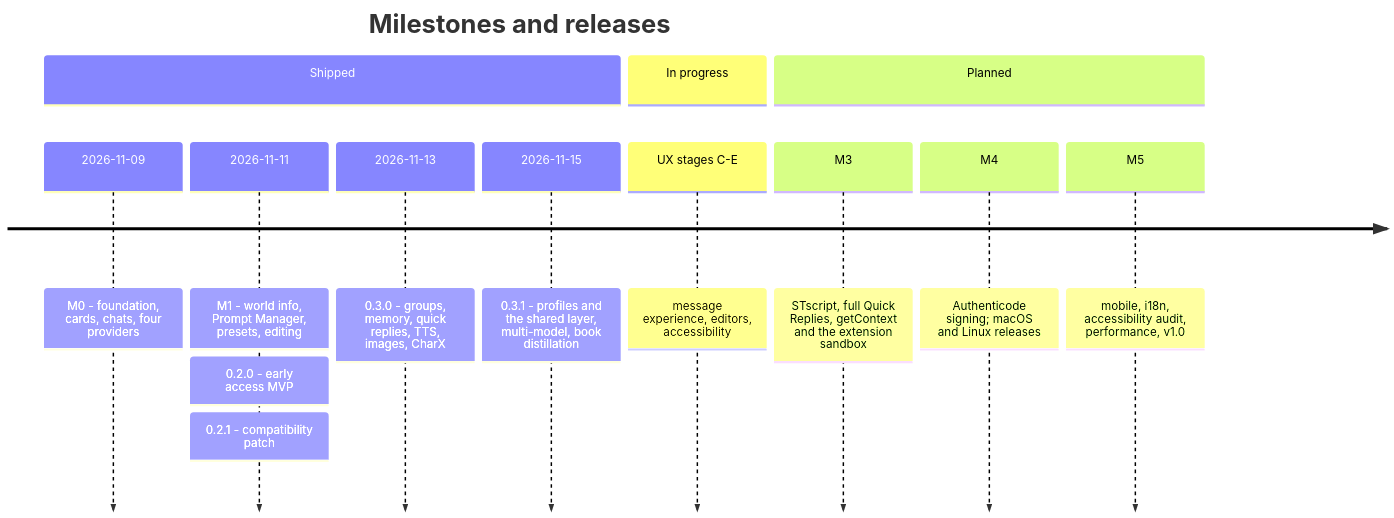
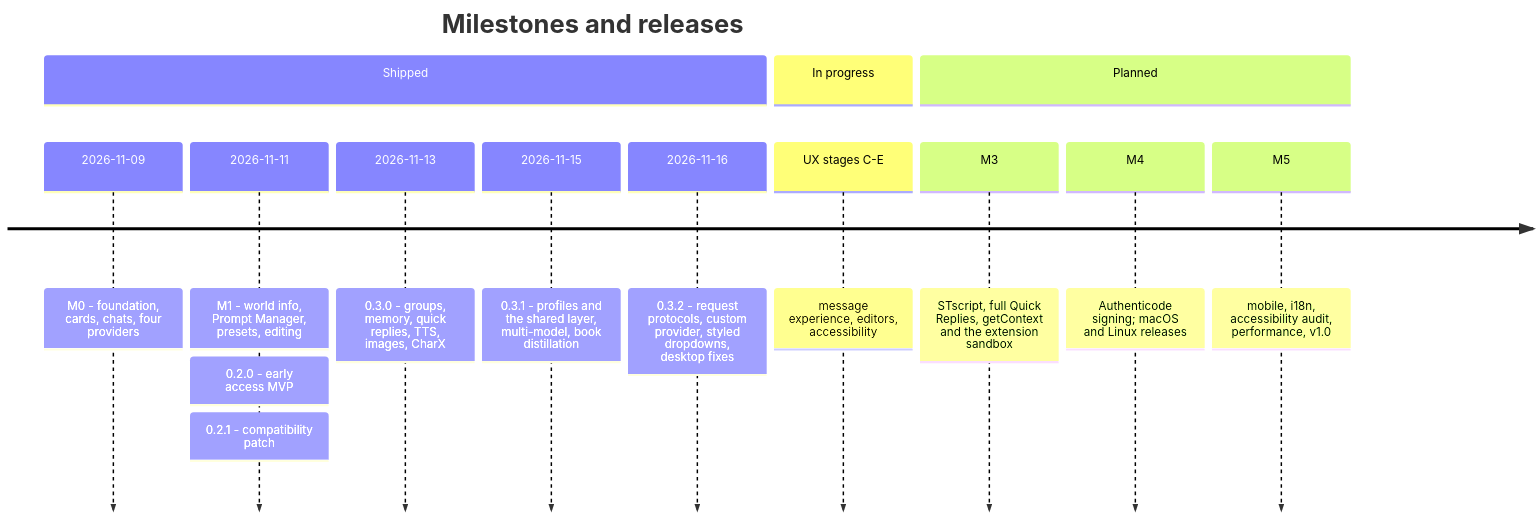
One commit to BerryUIKI/CatCup-Tavern changed the diagram in docs/MILESTONES.md. Above: the diagram before and after it, drawn with Mermaid. The commit also changed other lines of this file and 12 other files, not shown here.

````diff
--- a/docs/MILESTONES.md
+++ b/docs/MILESTONES.md
@@ -17,17 +17,18 @@
 ```mermaid
 timeline
     title Milestones and releases
     section Shipped
         2026-11-09 : M0 - foundation, cards, chats, four providers
         2026-11-11 : M1 - world info, Prompt Manager, presets, editing
                    : 0.2.0 - early access MVP
                    : 0.2.1 - compatibility patch
         2026-11-13 : 0.3.0 - groups, memory, quick replies, TTS, images, CharX
         2026-11-15 : 0.3.1 - profiles and the shared layer, multi-model, book distillation
+        2026-11-16 : 0.3.2 - request protocols, custom provider, styled dropdowns, desktop fixes
     section In progress
         UX stages C-E : message experience, editors, accessibility
     section Planned
         M3 : STscript, full Quick Replies, getContext and the extension sandbox
         M4 : Authenticode signing; macOS and Linux releases
         M5 : mobile, i18n, accessibility audit, performance, v1.0
 ```
````
